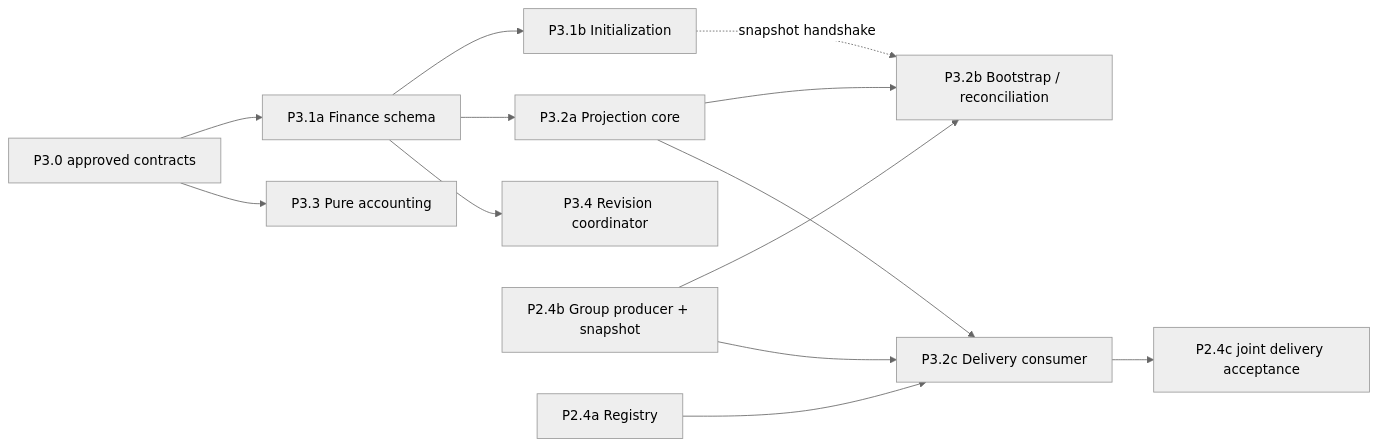
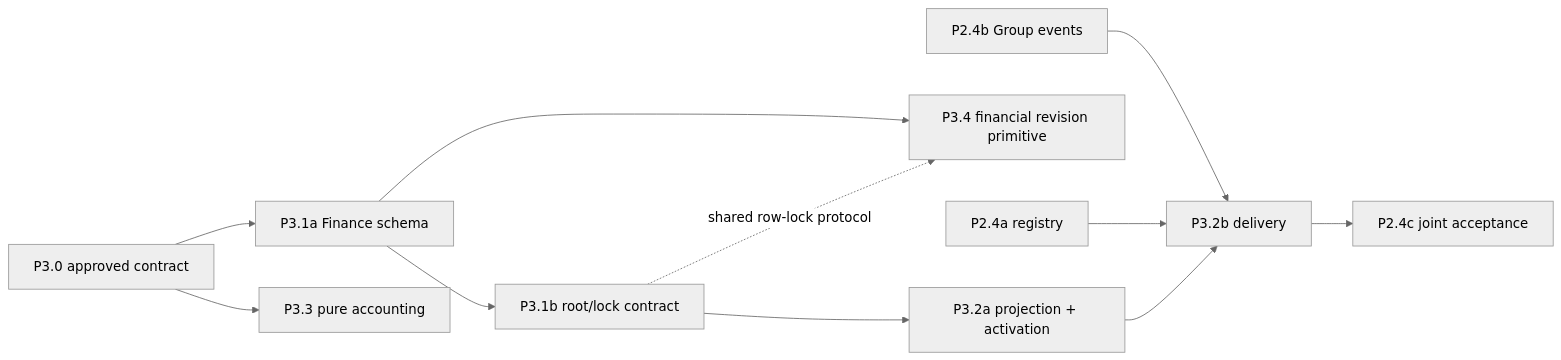
Before and after one commit to frederik-hoeft/min-favs-sharewise: the diagram in docs/internal/tasks/p3.0-finance-foundation/plan.md, drawn with Mermaid (neutral theme). The commit also changed other lines of this file and 3 other files, not shown here.

````diff
--- a/docs/internal/tasks/p3.0-finance-foundation/plan.md
+++ b/docs/internal/tasks/p3.0-finance-foundation/plan.md
@@ -26,15 +26,13 @@
 ```mermaid
 flowchart LR
-    foundation["P3.0 approved contracts"] --> schema["P3.1a Finance schema"]
-    foundation --> math["P3.3 Pure accounting"]
-    schema --> init["P3.1b Initialization"]
-    schema --> projection["P3.2a Projection core"]
-    schema --> revision["P3.4 Revision coordinator"]
-    projection --> bootstrap["P3.2b Bootstrap / reconciliation"]
-    projection --> delivery["P3.2c Delivery consumer"]
-    group["P2.4b Group producer + snapshot"] --> bootstrap
-    group --> delivery
-    registry["P2.4a Registry"] --> delivery
-    init -.->|"snapshot handshake"| bootstrap
-    delivery --> acceptance["P2.4c joint delivery acceptance"]
+    p30["P3.0 approved contract"] --> schema["P3.1a Finance schema"]
+    p30 --> math["P3.3 pure accounting"]
+    schema --> root["P3.1b root/lock contract"]
+    root --> projection["P3.2a projection + activation"]
+    schema --> revision["P3.4 financial revision primitive"]
+    root -.->|"shared row-lock protocol"| revision
+    group["P2.4b Group events"] --> delivery["P3.2b delivery"]
+    registry["P2.4a registry"] --> delivery
+    projection --> delivery
+    delivery --> acceptance["P2.4c joint acceptance"]
 ```
````
